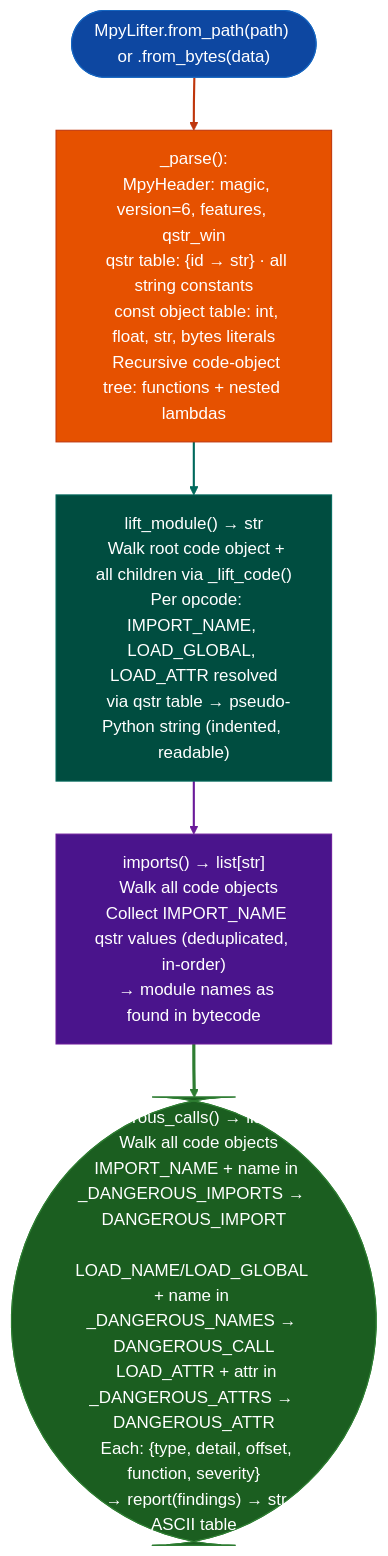
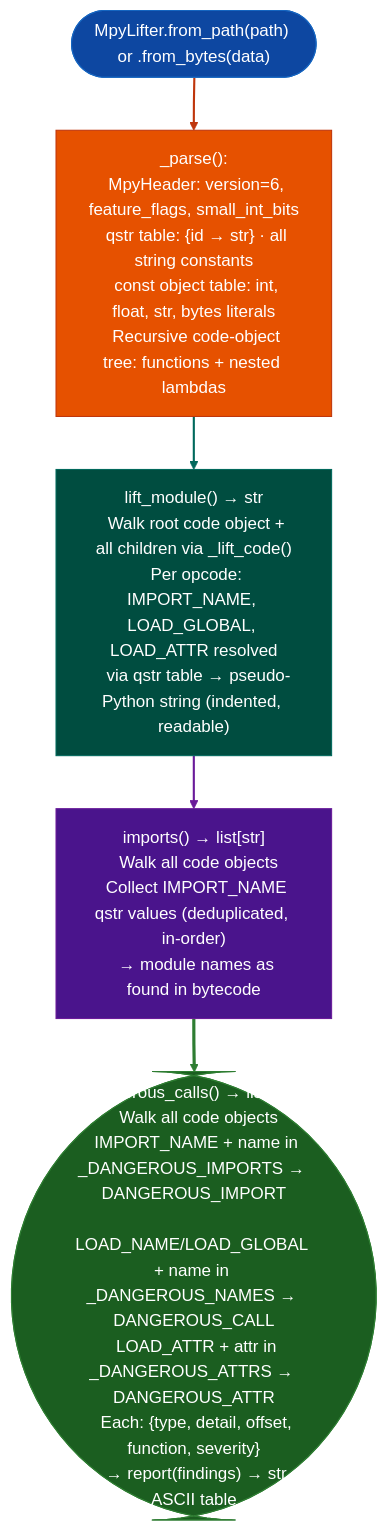
One commit to Ablation-Tool/ablation changed the diagram in docs/reference-modules/micropython.md. Above: the diagram before and after it, drawn with Mermaid. The commit also changed other lines of this file, not shown here.

````diff
--- a/docs/reference-modules/micropython.md
+++ b/docs/reference-modules/micropython.md
@@ -19,17 +108,17 @@
 ```mermaid
 flowchart TD
-    A(["MpyLifter.from_path(path) or .from_bytes(data)"]):::input --> B["_parse():\n  MpyHeader: magic, version=6, features, qstr_win\n  qstr table: {id → str} · all string constants\n  const object table: int, float, str, bytes literals\n  Recursive code-object tree: functions + nested lambdas"]:::primary
+    A(["MpyLifter.from_path(path) or .from_bytes(data)"]):::input --> B["_parse():\n  MpyHeader: version=6, feature_flags, small_int_bits\n  qstr table: {id → str} · all string constants\n  const object table: int, float, str, bytes literals\n  Recursive code-object tree: functions + nested lambdas"]:::primary
     B:::primary --> C["lift_module() → str\n  Walk root code object + all children via _lift_code()\n  Per opcode: IMPORT_NAME, LOAD_GLOBAL, LOAD_ATTR resolved\n  via qstr table → pseudo-Python string (indented, readable)"]:::secondary
     C:::secondary --> D["imports() → list[str]\n  Walk all code objects\n  Collect IMPORT_NAME qstr values (deduplicated, in-order)\n  → module names as found in bytecode"]:::tertiary
     D:::tertiary --> E(["dangerous_calls() → list[dict]\n  Walk all code objects\n  IMPORT_NAME + name in _DANGEROUS_IMPORTS → DANGEROUS_IMPORT\n  LOAD_NAME/LOAD_GLOBAL + name in _DANGEROUS_NAMES → DANGEROUS_CALL\n  LOAD_ATTR + attr in _DANGEROUS_ATTRS → DANGEROUS_ATTR\n  Each: {type, detail, offset, function, severity}\n  → report(findings) → str ASCII table"]):::output
     classDef input     fill:#0d47a1,stroke:#1565c0,color:#fff
     classDef primary   fill:#e65100,stroke:#bf360c,color:#fff
     classDef secondary fill:#004d40,stroke:#00695c,color:#fff
     classDef tertiary  fill:#4a148c,stroke:#6a1b9a,color:#fff
     classDef neutral   fill:#37474f,stroke:#546e7a,color:#fff
     classDef output    fill:#1b5e20,stroke:#2e7d32,color:#fff
     linkStyle 0 stroke:#bf360c,stroke-width:2px
     linkStyle 1 stroke:#00695c,stroke-width:2px
     linkStyle 2 stroke:#6a1b9a,stroke-width:2px
     linkStyle 3 stroke:#2e7d32,stroke-width:3px
 ```
````
